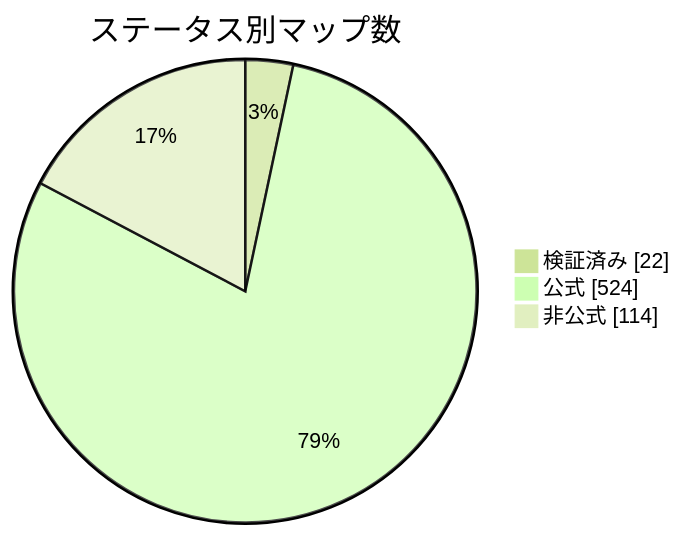
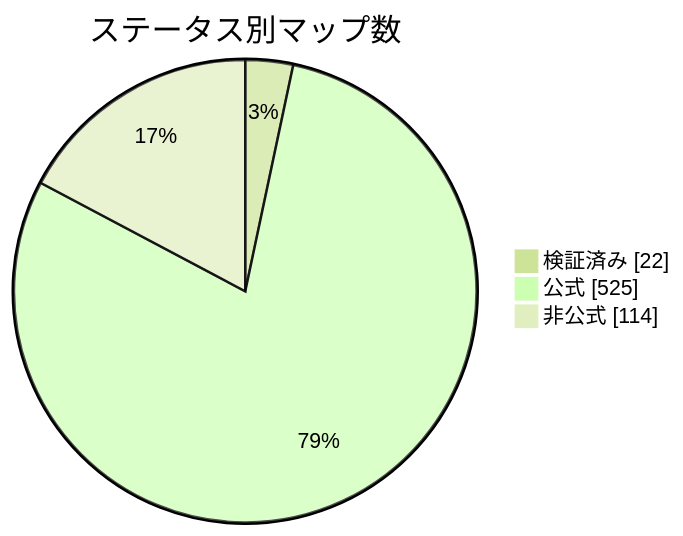
One commit to nobrega8/mbmap-library changed the diagram in docs/readme/README_JP.md. Above: the diagram before and after it, drawn with Mermaid (forest theme). The commit also changed 7 other files, not shown here.

````diff
--- a/docs/readme/README_JP.md
+++ b/docs/readme/README_JP.md
@@ -54,7 +54,7 @@
 ```mermaid
 pie showData
     title ステータス別マップ数
     "検証済み" : 22
-    "公式" : 524
+    "公式" : 525
     "非公式" : 114
 ```
````
